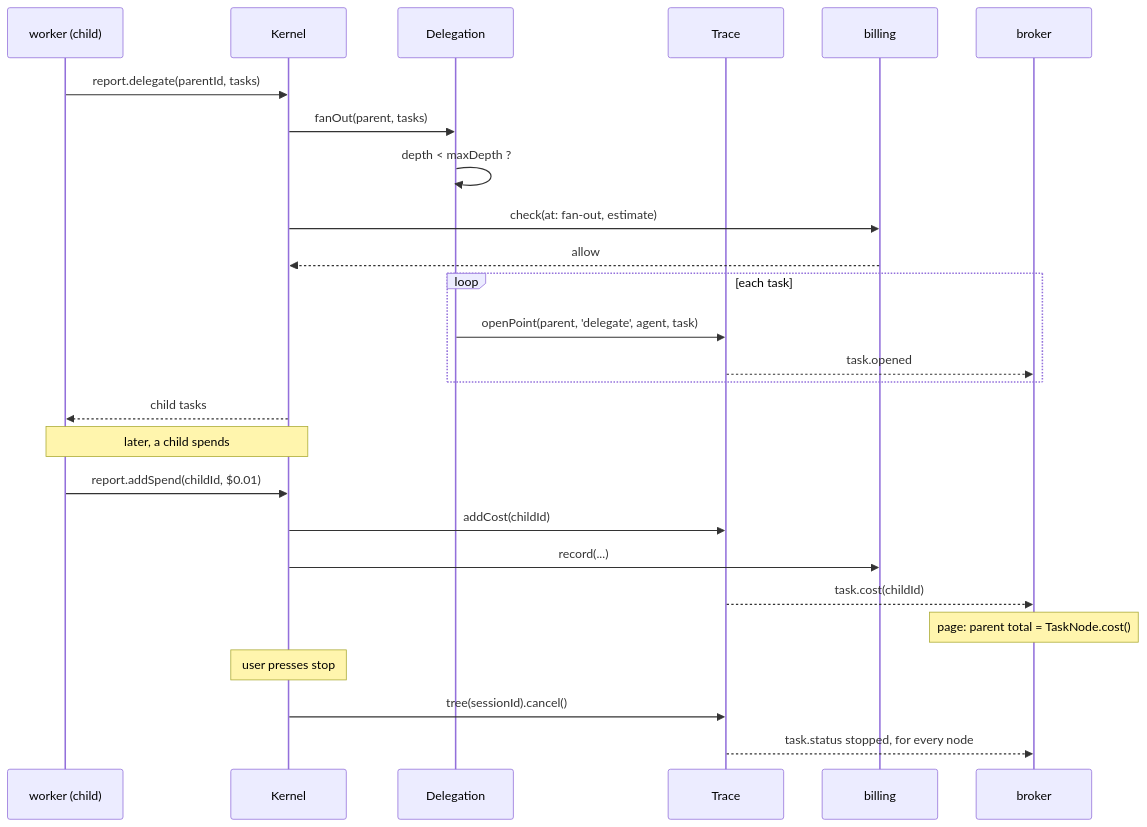
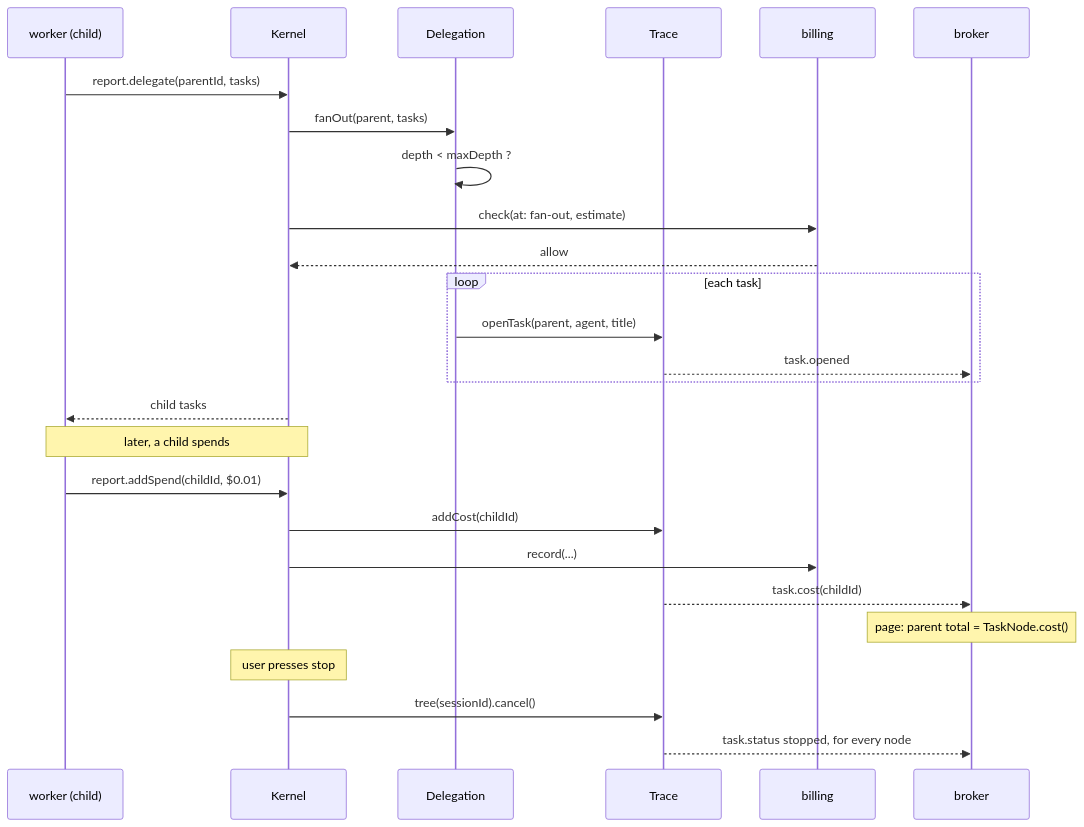
Before and after one commit to ziyangliu-666/lumen-next: diagram 13 of 15 in docs/ARCHITECTURE.md, drawn with Mermaid. The commit also changed other lines of this file and 20 other files, not shown here.

````diff
--- a/docs/ARCHITECTURE.md
+++ b/docs/ARCHITECTURE.md
@@ -694,29 +695,29 @@
 ```mermaid
 sequenceDiagram
   participant W as worker (child)
   participant K as Kernel
   participant D as Delegation
   participant T as Trace
   participant M as billing
   participant B as broker
 
   W->>K: report.delegate(parentId, tasks)
   K->>D: fanOut(parent, tasks)
   D->>D: depth < maxDepth ?
   K->>M: check(at: fan-out, estimate)
   M-->>K: allow
   loop each task
-    D->>T: openPoint(parent, 'delegate', agent, task)
+    D->>T: openTask(parent, agent, title)
     T-->>B: task.opened
   end
   K-->>W: child tasks
   Note over W,K: later, a child spends
   W->>K: report.addSpend(childId, $0.01)
   K->>T: addCost(childId)
   K->>M: record(...)
   T-->>B: task.cost(childId)
   Note over B: page: parent total = TaskNode.cost()
   Note over K: user presses stop
   K->>T: tree(sessionId).cancel()
   T-->>B: task.status stopped, for every node
 ```
````
